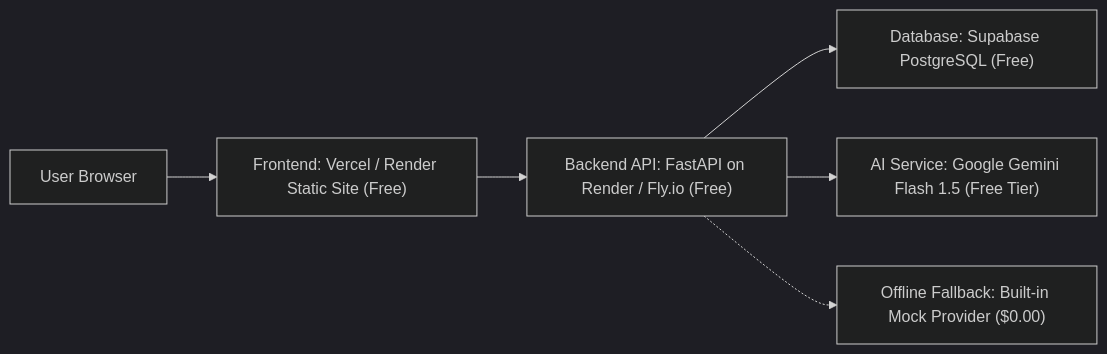
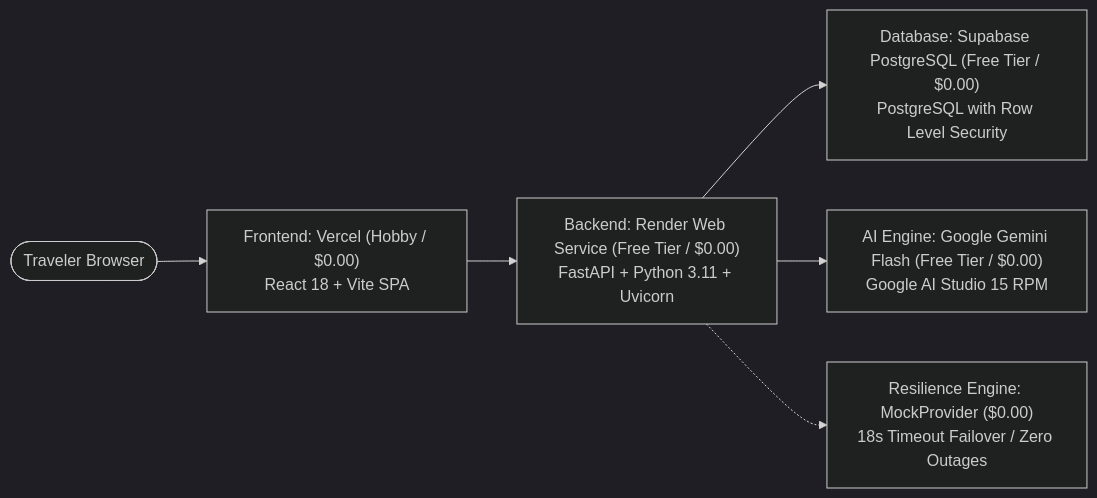
The diagram in docs/deployment.md (Anirudhchouksey/personalized-travel-planner), drawn with Mermaid (dark theme) before and after one commit. The commit also changed other lines of this file and 8 other files, not shown here.

Commit message:
docs: add comprehensive documentation suite (architecture, workflows, setup, deployment, testing, limitations, conclusion)

````diff
--- a/docs/deployment.md
+++ b/docs/deployment.md
@@ -9,8 +9,8 @@
 ```mermaid
 flowchart LR
-    A["User Browser"] --> B["Frontend: Vercel / Render Static Site (Free)"]
-    B --> C["Backend API: FastAPI on Render / Fly.io (Free)"]
-    C --> D["Database: Supabase PostgreSQL (Free)"]
-    C --> E["AI Service: Google Gemini Flash 1.5 (Free Tier)"]
-    C -.-> F["Offline Fallback: Built-in Mock Provider ($0.00)"]
+    Traveler(["Traveler Browser"]) --> Vercel["Frontend: Vercel (Hobby / $0.00)<br>React 18 + Vite SPA"]
+    Vercel --> Render["Backend: Render Web Service (Free Tier / $0.00)<br>FastAPI + Python 3.11 + Uvicorn"]
+    Render --> Supabase["Database: Supabase PostgreSQL (Free Tier / $0.00)<br>PostgreSQL with Row Level Security"]
+    Render --> Gemini["AI Engine: Google Gemini Flash (Free Tier / $0.00)<br>Google AI Studio 15 RPM"]
+    Render -.-> Fallback["Resilience Engine: MockProvider ($0.00)<br>18s Timeout Failover / Zero Outages"]
 ```
````
